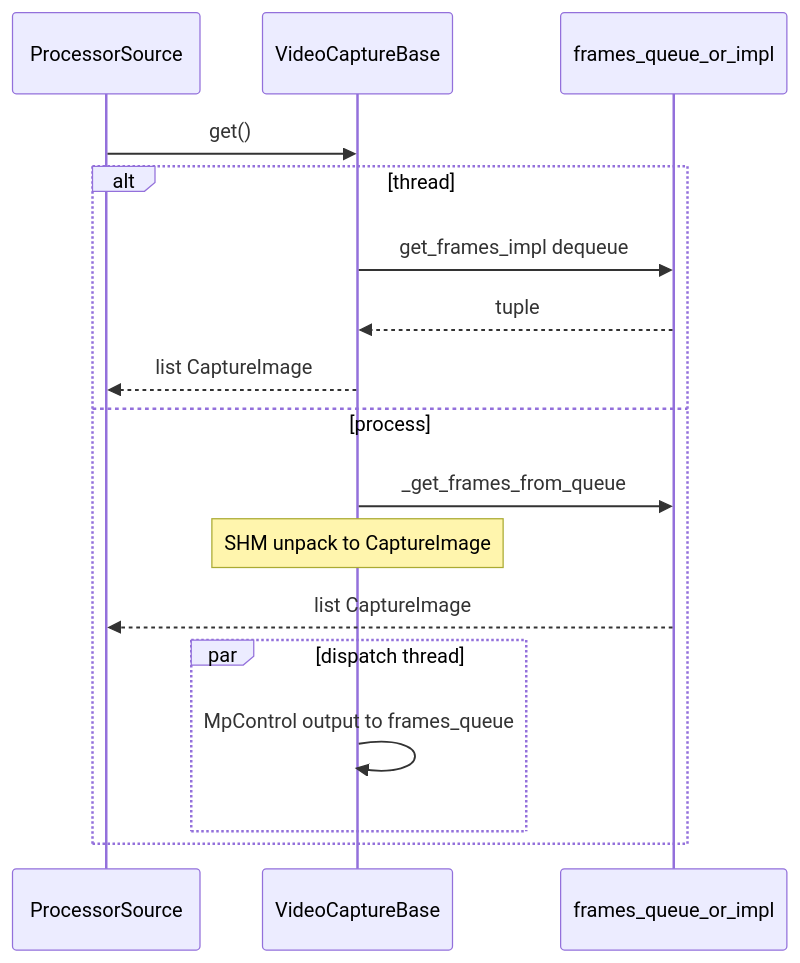
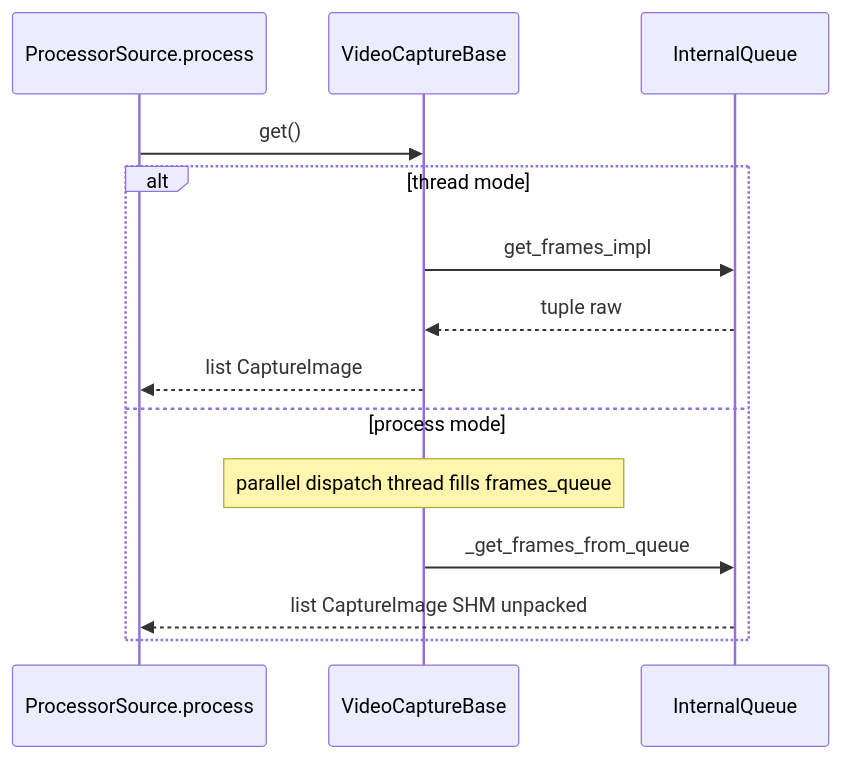
Before and after one commit to aicommunity/EvilEye: the second of 3 diagrams in docs/thread_vs_mp_contracts.md, drawn with Mermaid. The commit also changed other lines of this file and 3 other files, not shown here.

````diff
--- a/docs/thread_vs_mp_contracts.md
+++ b/docs/thread_vs_mp_contracts.md
@@ -161,20 +182,17 @@
 ```mermaid
 sequenceDiagram
-  participant PS as ProcessorSource
+  participant PS as ProcessorSource.process
   participant VC as VideoCaptureBase
-  participant Q as frames_queue_or_impl
+  participant Q as InternalQueue
 
   PS->>VC: get()
-  alt thread
-    VC->>Q: get_frames_impl dequeue
-    Q-->>VC: tuple
+  alt thread mode
+    VC->>Q: get_frames_impl
+    Q-->>VC: tuple raw
     VC-->>PS: list CaptureImage
-  else process
+  else process mode
+    Note over VC: parallel dispatch thread fills frames_queue
     VC->>Q: _get_frames_from_queue
-    Note over VC: SHM unpack to CaptureImage
-    Q-->>PS: list CaptureImage
-    par dispatch thread
-      VC->>VC: MpControl output to frames_queue
-    end
+    Q-->>PS: list CaptureImage SHM unpacked
   end
 ```
````
